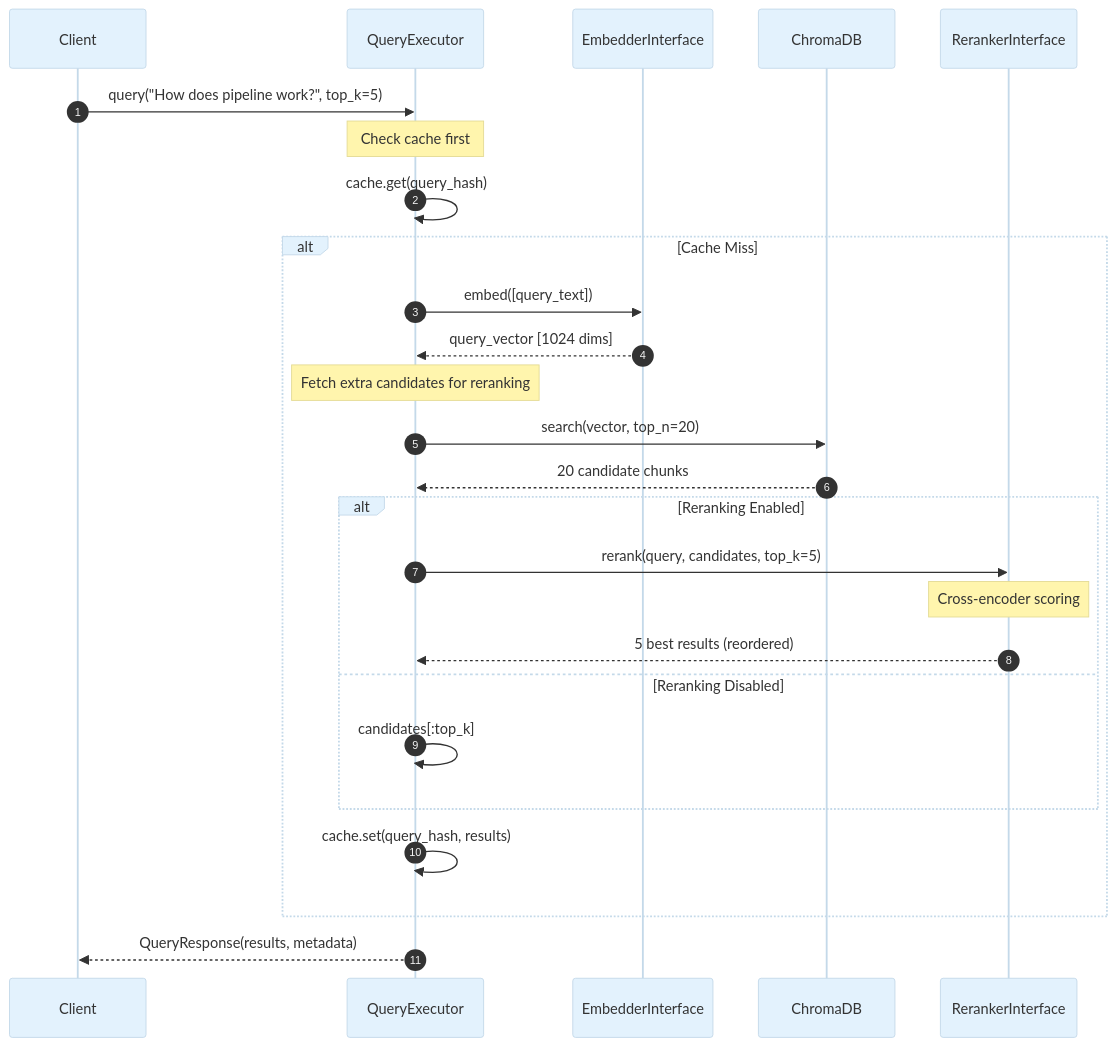
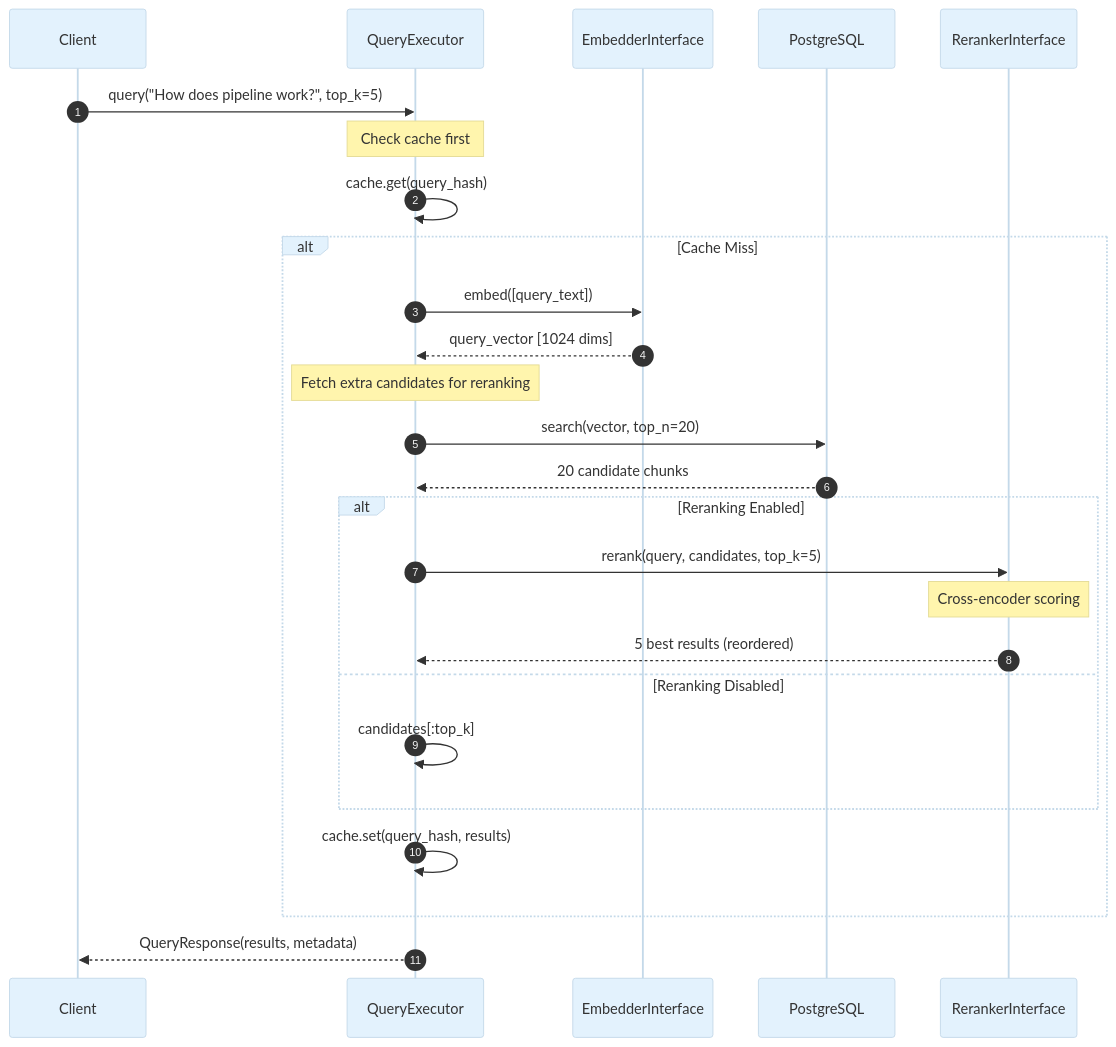
Before and after one commit to KatanaQuant/rag-kb: the diagram in docs/diagrams/sequence-diagram.mmd, drawn with Mermaid. The commit also changed 114 other files, not shown here.

First line of the commit message:
v2.3.0-beta: PostgreSQL + pgvector migration

```diff
--- a/docs/diagrams/sequence-diagram.mmd
+++ b/docs/diagrams/sequence-diagram.mmd
@@ -1,34 +1,34 @@
 %%{init: {'theme': 'base', 'themeVariables': { 'primaryColor': '#e3f2fd', 'secondaryColor': '#fff8e1', 'tertiaryColor': '#fce4ec'}}}%%
 sequenceDiagram
     autonumber
     participant Client
     participant QueryExecutor
     participant Embedder as EmbedderInterface
-    participant VectorStore as ChromaDB
+    participant VectorStore as PostgreSQL
     participant Reranker as RerankerInterface
 
     Client->>QueryExecutor: query("How does pipeline work?", top_k=5)
 
     Note over QueryExecutor: Check cache first
     QueryExecutor->>QueryExecutor: cache.get(query_hash)
 
     alt Cache Miss
         QueryExecutor->>Embedder: embed([query_text])
         Embedder-->>QueryExecutor: query_vector [1024 dims]
 
         Note over QueryExecutor: Fetch extra candidates for reranking
         QueryExecutor->>VectorStore: search(vector, top_n=20)
         VectorStore-->>QueryExecutor: 20 candidate chunks
 
         alt Reranking Enabled
             QueryExecutor->>Reranker: rerank(query, candidates, top_k=5)
             Note over Reranker: Cross-encoder scoring
             Reranker-->>QueryExecutor: 5 best results (reordered)
         else Reranking Disabled
             QueryExecutor->>QueryExecutor: candidates[:top_k]
         end
 
         QueryExecutor->>QueryExecutor: cache.set(query_hash, results)
     end
 
     QueryExecutor-->>Client: QueryResponse(results, metadata)
```
